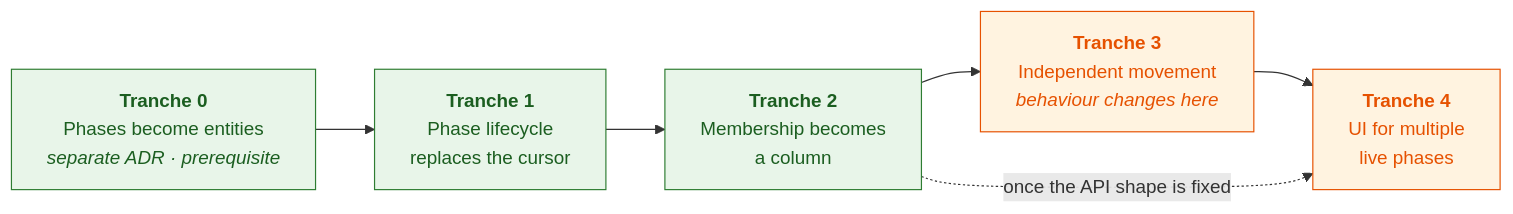
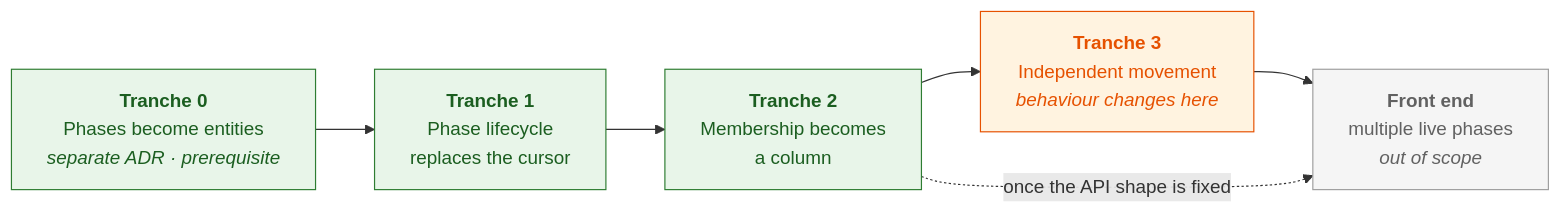
Before and after one commit to oneprojectorg/common: the third of 3 diagrams in docs/adr/0002-proposals-hold-their-own-phase.md, drawn with Mermaid. The commit also changed other lines of this file, not shown here.

Commit message:
docs(adr): gate capabilities on the phase window, scope to back end

````diff
--- a/docs/adr/0002-proposals-hold-their-own-phase.md
+++ b/docs/adr/0002-proposals-hold-their-own-phase.md
@@ -210,14 +220,16 @@
 ```mermaid
 flowchart LR
     T0["<b>Tranche 0</b><br/>Phases become entities<br/><i>separate ADR · prerequisite</i>"]
     T1["<b>Tranche 1</b><br/>Phase lifecycle<br/>replaces the cursor"]
     T2["<b>Tranche 2</b><br/>Membership becomes<br/>a column"]
     T3["<b>Tranche 3</b><br/>Independent movement<br/><i>behaviour changes here</i>"]
-    T4["<b>Tranche 4</b><br/>UI for multiple<br/>live phases"]
+    T4["<b>Front end</b><br/>multiple live phases<br/><i>out of scope</i>"]
     T0 --> T1 --> T2 --> T3 --> T4
     T2 -.->|"once the API shape is fixed"| T4
     classDef safe fill:#e8f5e9,stroke:#2e7d32,color:#1b5e20
     classDef live fill:#fff3e0,stroke:#e65100,color:#e65100
+    classDef out fill:#f5f5f5,stroke:#9e9e9e,color:#616161
     class T0,T1,T2 safe
-    class T3,T4 live
+    class T3 live
+    class T4 out
 ```
````
